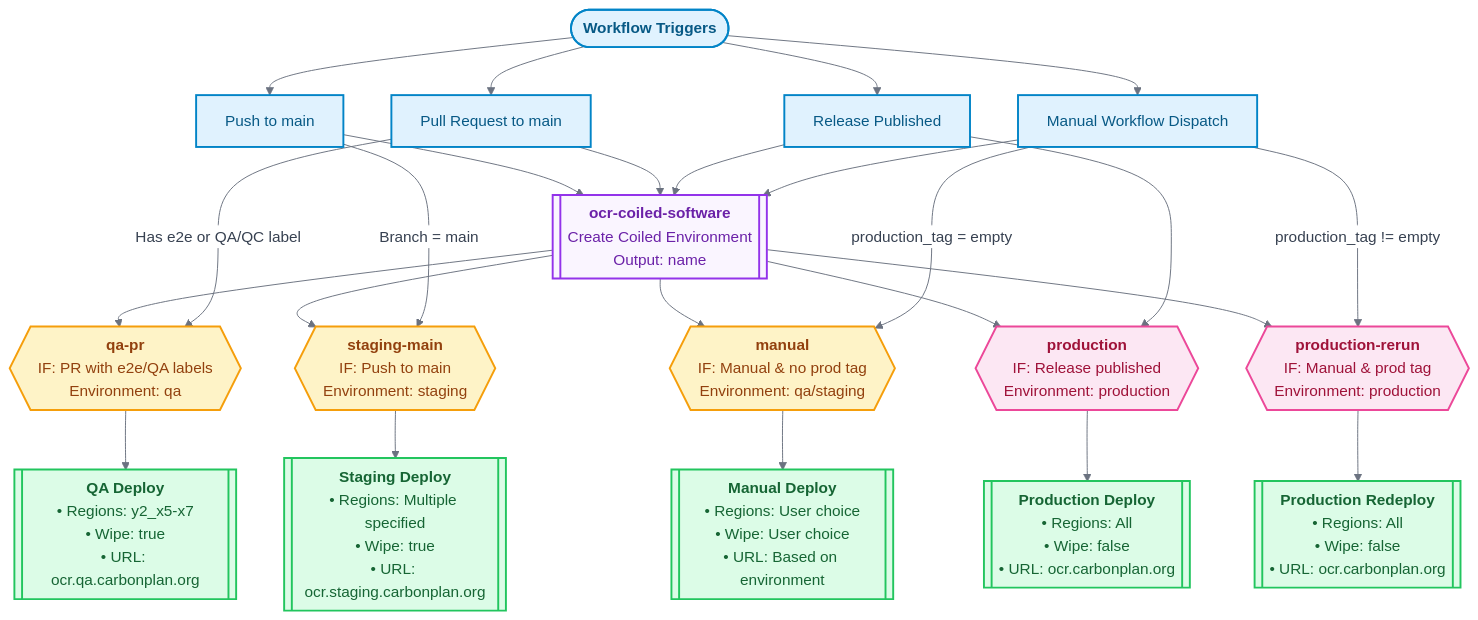
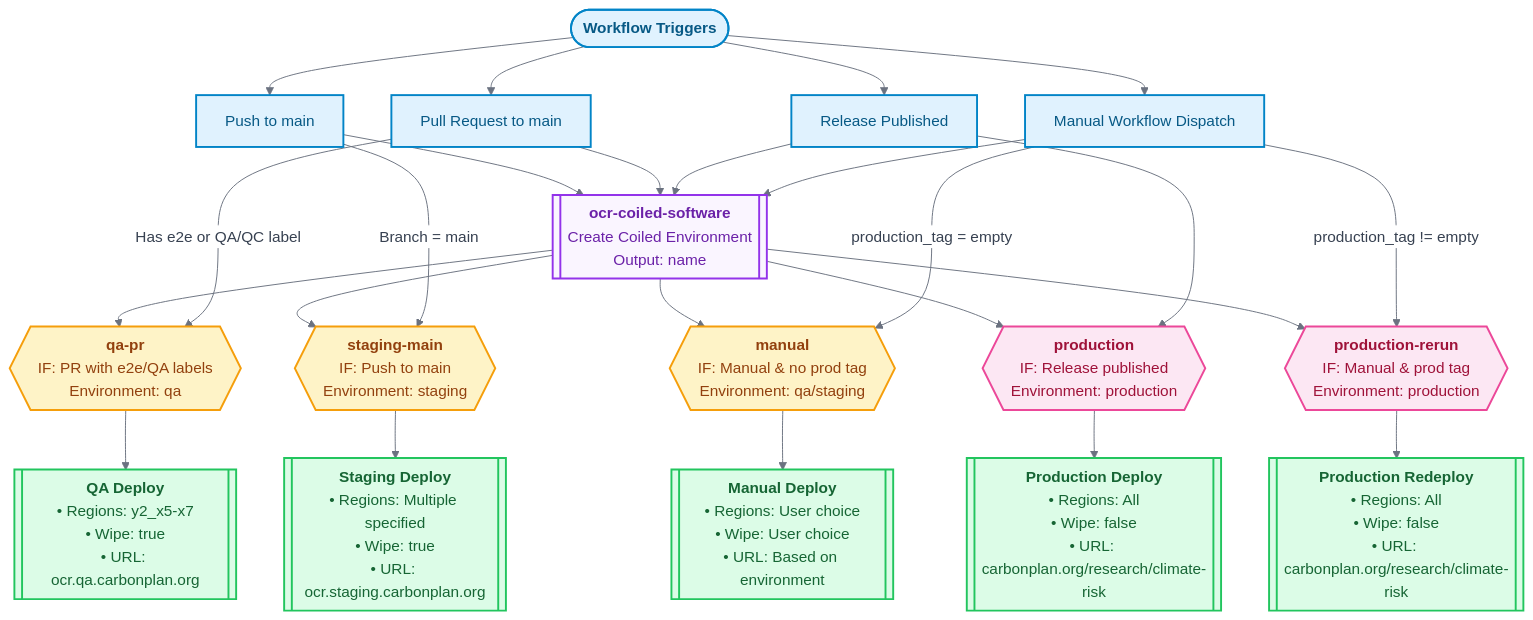
Before and after one commit to carbonplan/ocr: the second of 2 diagrams in docs/reference/deployment.md, drawn with Mermaid. The commit also changed other lines of this file and 15 other files, not shown here.

````diff
--- a/docs/reference/deployment.md
+++ b/docs/reference/deployment.md
@@ -145,69 +145,69 @@
 ```mermaid
 %%{init: {'theme':'neutral', 'themeVariables': {'primaryColor':'#2563eb','primaryTextColor':'#1f2937','primaryBorderColor':'#3b82f6','lineColor':'#6b7280','secondaryColor':'#7c3aed','tertiaryColor':'#10b981','background':'#ffffff','mainBkg':'#f3f4f6','secondBkg':'#e5e7eb','tertiaryBkg':'#d1d5db','primaryTextColor':'#111827','lineColor':'#6b7280','textColor':'#374151','mainContrastColor':'#1f2937','darkMode':false}}}%%
 graph TB
     %% Trigger Events
     Start([<b>Workflow Triggers</b>])
     Push[Push to main]
     PR[Pull Request to main]
     Release[Release Published]
     Manual[Manual Workflow Dispatch]
 
     Start --> Push
     Start --> PR
     Start --> Release
     Start --> Manual
 
     %% Coiled Software Environment Job
     CoiledSoftware[["<b>ocr-coiled-software</b><br/>Create Coiled Environment<br/>Output: name"]]
 
     Push --> CoiledSoftware
     PR --> CoiledSoftware
     Release --> CoiledSoftware
     Manual --> CoiledSoftware
 
     %% Conditional Jobs
     QA_PR{{"<b>qa-pr</b><br/>IF: PR with e2e/QA labels<br/>Environment: qa"}}
     Staging_Main{{"<b>staging-main</b><br/>IF: Push to main<br/>Environment: staging"}}
     Manual_Deploy{{"<b>manual</b><br/>IF: Manual & no prod tag<br/>Environment: qa/staging"}}
     Production{{"<b>production</b><br/>IF: Release published<br/>Environment: production"}}
     Production_Rerun{{"<b>production-rerun</b><br/>IF: Manual & prod tag<br/>Environment: production"}}
 
     %% Job Dependencies and Conditions
     CoiledSoftware --> QA_PR
     CoiledSoftware --> Staging_Main
     CoiledSoftware --> Manual_Deploy
     CoiledSoftware --> Production
     CoiledSoftware --> Production_Rerun
 
     PR --> |"Has e2e or QA/QC label"| QA_PR
     Push --> |"Branch = main"| Staging_Main
     Manual --> |"production_tag = empty"| Manual_Deploy
     Release --> Production
     Manual --> |"production_tag != empty"| Production_Rerun
 
     %% Job Details
     QA_PR_Details[["<b>QA Deploy</b><br/>• Regions: y2_x5-x7<br/>• Wipe: true<br/>• URL: ocr.qa.carbonplan.org"]]
     Staging_Main_Details[["<b>Staging Deploy</b><br/>• Regions: Multiple specified<br/>• Wipe: true<br/>• URL: ocr.staging.carbonplan.org"]]
     Manual_Deploy_Details[["<b>Manual Deploy</b><br/>• Regions: User choice<br/>• Wipe: User choice<br/>• URL: Based on environment"]]
-    Production_Details[["<b>Production Deploy</b><br/>• Regions: All<br/>• Wipe: false<br/>• URL: ocr.carbonplan.org"]]
-    Production_Rerun_Details[["<b>Production Redeploy</b><br/>• Regions: All<br/>• Wipe: false<br/>• URL: ocr.carbonplan.org"]]
+    Production_Details[["<b>Production Deploy</b><br/>• Regions: All<br/>• Wipe: false<br/>• URL: carbonplan.org/research/climate-risk"]]
+    Production_Rerun_Details[["<b>Production Redeploy</b><br/>• Regions: All<br/>• Wipe: false<br/>• URL: carbonplan.org/research/climate-risk"]]
 
     QA_PR --> QA_PR_Details
     Staging_Main --> Staging_Main_Details
     Manual_Deploy --> Manual_Deploy_Details
     Production --> Production_Details
     Production_Rerun --> Production_Rerun_Details
 
     %% Styling with theme-neutral colors
     classDef trigger fill:#e0f2fe,stroke:#0284c7,stroke-width:2px,color:#075985
     classDef job fill:#faf5ff,stroke:#9333ea,stroke-width:2px,color:#6b21a8
     classDef conditional fill:#fef3c7,stroke:#f59e0b,stroke-width:2px,color:#92400e
     classDef deploy fill:#dcfce7,stroke:#22c55e,stroke-width:2px,color:#166534
     classDef rerun fill:#fce7f3,stroke:#ec4899,stroke-width:2px,color:#9f1239
 
     class Start,Push,PR,Release,Manual trigger
     class CoiledSoftware job
     class QA_PR,Staging_Main,Manual_Deploy conditional
     class Production,Production_Rerun rerun
     class QA_PR_Details,Staging_Main_Details,Manual_Deploy_Details,Production_Details,Production_Rerun_Details deploy
 ```
````
